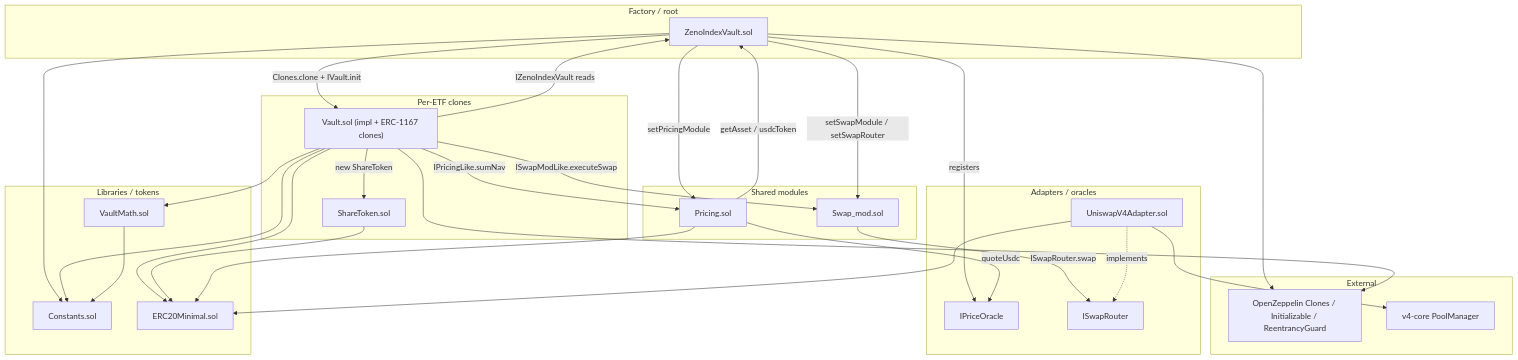
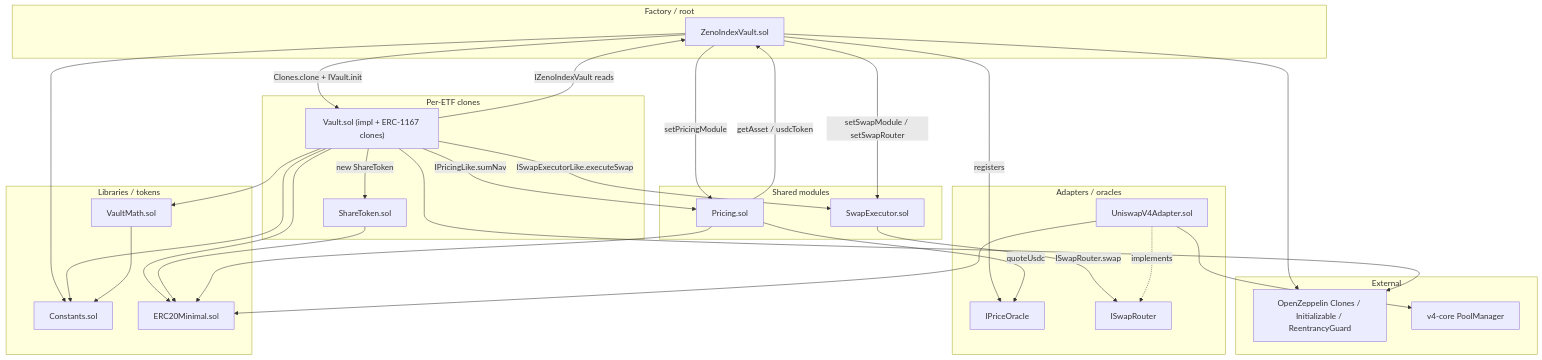
The diagram in README.md (CyreneAI/zenoindex-evm), drawn with Mermaid before and after one commit. The commit also changed other lines of this file and 7 other files, not shown here.

Commit message:
Refactor swap module integration by replacing `Swap_mod` with `SwapExecutor`. Updated deployment script and contract interfaces to reflect the new swap execution module. Removed obsolete `Swap_mod` contract and associated tests to streamline the codebase.

````diff
--- a/README.md
+++ b/README.md
@@ -7,61 +7,61 @@
 ```mermaid
 flowchart TB
   subgraph Root["Factory / root"]
     ZIV["ZenoIndexVault.sol"]
   end
 
   subgraph Clones["Per-ETF clones"]
     V["Vault.sol (impl + ERC-1167 clones)"]
     ST["ShareToken.sol"]
   end
 
   subgraph Singletons["Shared modules"]
     P["Pricing.sol"]
-    SM["Swap_mod.sol"]
+    SM["SwapExecutor.sol"]
   end
 
   subgraph Adapters["Adapters / oracles"]
     V4["UniswapV4Adapter.sol"]
     OR["IPriceOracle"]
     SR["ISwapRouter"]
   end
 
   subgraph Libs["Libraries / tokens"]
     VM["VaultMath.sol"]
     C["Constants.sol"]
     E20["ERC20Minimal.sol"]
   end
 
   subgraph Ext["External"]
     OZ["OpenZeppelin Clones / Initializable / ReentrancyGuard"]
     V4C["v4-core PoolManager"]
   end
 
   ZIV -->|Clones.clone + IVault.init| V
   ZIV -->|setPricingModule| P
   ZIV -->|setSwapModule / setSwapRouter| SM
   ZIV -->|registers| OR
   ZIV --> C
   ZIV --> OZ
 
   V -->|new ShareToken| ST
   V -->|IZenoIndexVault reads| ZIV
   V -->|IPricingLike.sumNav| P
-  V -->|ISwapModLike.executeSwap| SM
+  V -->|ISwapExecutorLike.executeSwap| SM
   V --> VM
   V --> C
   V --> E20
   V --> OZ
 
   ST --> E20
   P -->|getAsset / usdcToken| ZIV
   P -->|quoteUsdc| OR
   P --> E20
 
   SM -->|ISwapRouter.swap| SR
   V4 -.->|implements| SR
   V4 --> E20
   V4 --> V4C
 
   VM --> C
 ```
````
